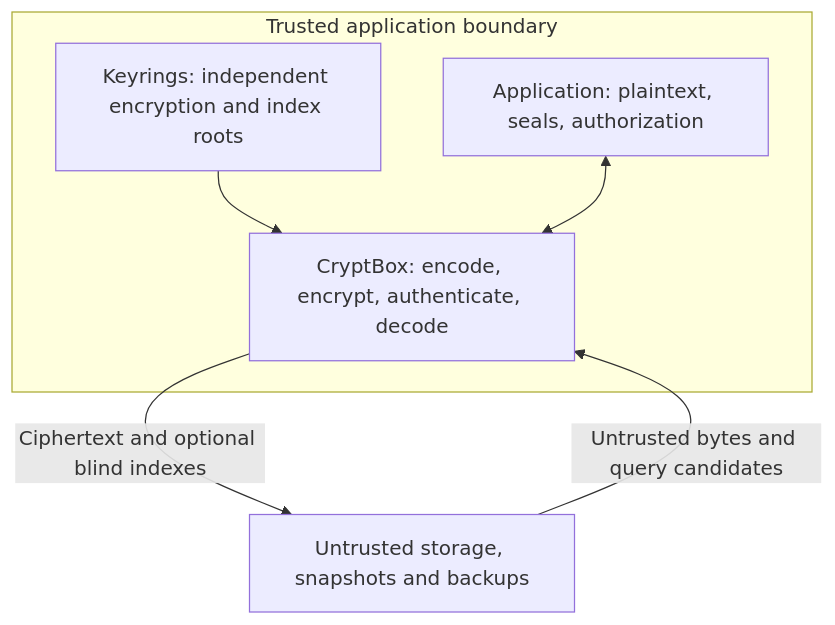
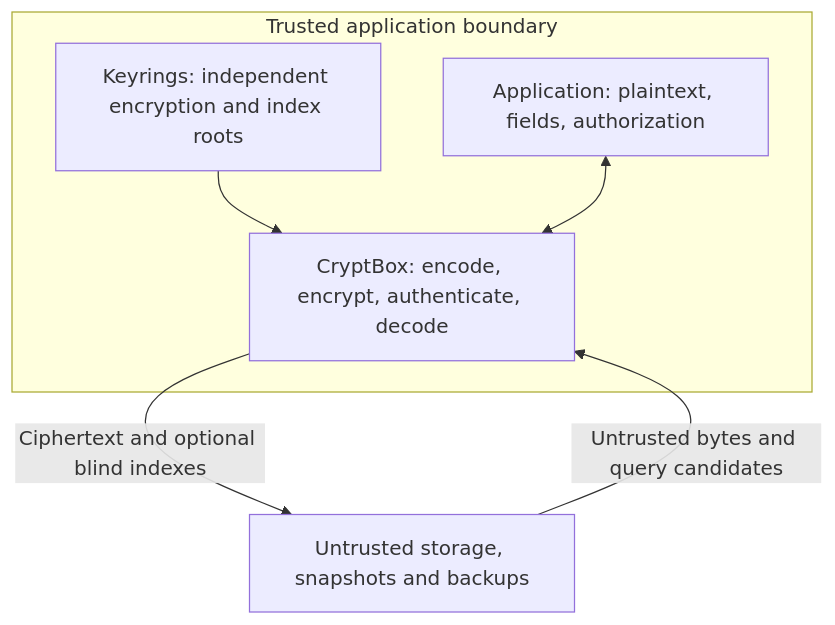
Before and after one commit to sagikazarmark/cryptbox: the diagram in docs/security.md, drawn with Mermaid. The commit also changed 87 other files, not shown here.

````diff
--- a/docs/security.md
+++ b/docs/security.md
@@ -12,12 +12,12 @@
 ```mermaid
 flowchart TB
     subgraph trusted["Trusted application boundary"]
         K["Keyrings: independent encryption and index roots"]
-        A["Application: plaintext, seals, authorization"]
+        A["Application: plaintext, fields, authorization"]
         C["CryptBox: encode, encrypt, authenticate, decode"]
         K --> C
         A <--> C
     end
     C -->|"Ciphertext and optional blind indexes"| S["Untrusted storage, snapshots and backups"]
     S -->|"Untrusted bytes and query candidates"| C
 ```
````
